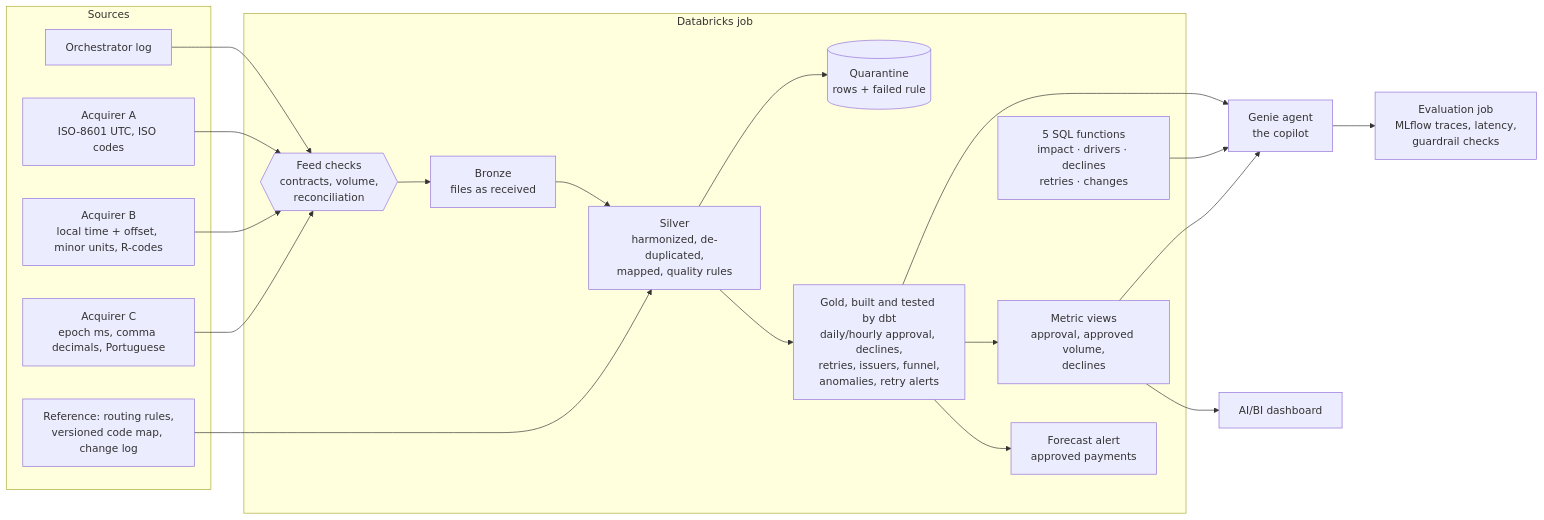
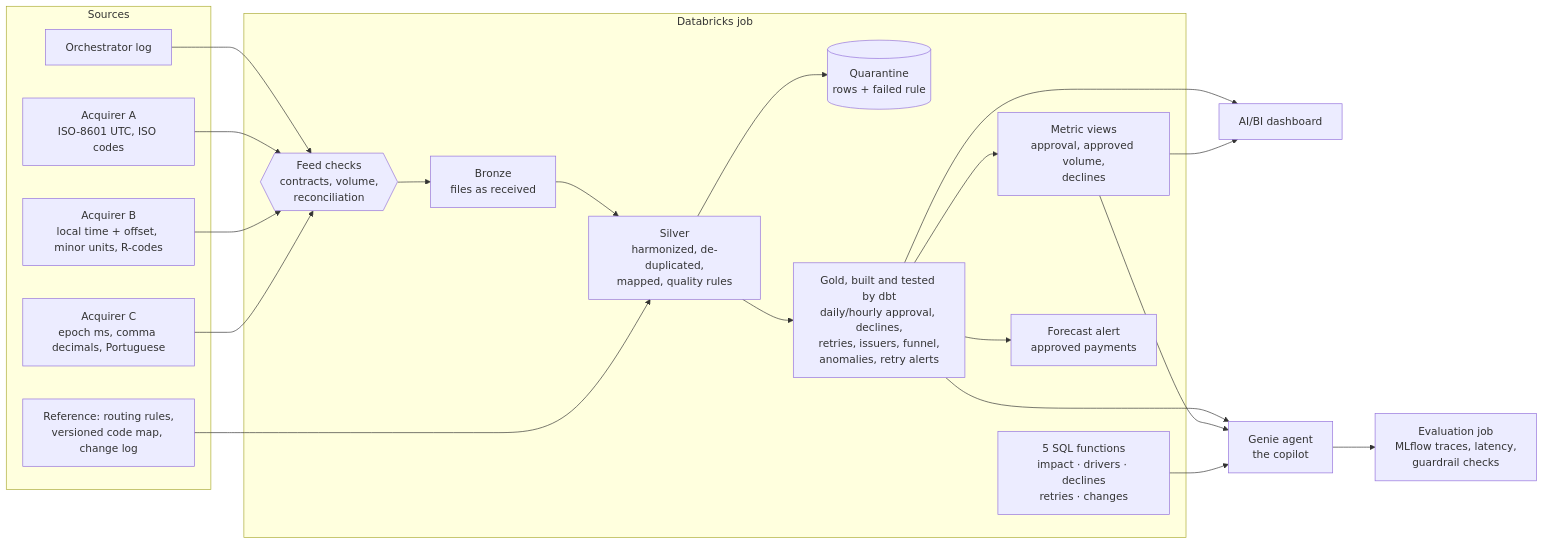
One commit to JaviSalazar31/approval-rate-copilot changed the diagram in README.md. Above: the diagram before and after it, drawn with Mermaid. The commit also changed other lines of this file and 22 other files, not shown here.

````diff
--- a/README.md
+++ b/README.md
@@ -68,30 +68,31 @@
 ```mermaid
 flowchart LR
   subgraph Sources
     O[Orchestrator log]
     A[Acquirer A<br/>ISO-8601 UTC, ISO codes]
     B[Acquirer B<br/>local time + offset, minor units, R-codes]
     C[Acquirer C<br/>epoch ms, comma decimals, Portuguese]
     R[Reference: routing rules,<br/>versioned code map, change log]
   end
   subgraph Databricks["Databricks job"]
     CK{{Feed checks<br/>contracts, volume,<br/>reconciliation}}
     BR[Bronze<br/>files as received]
     SI[Silver<br/>harmonized, de-duplicated,<br/>mapped, quality rules]
     Q[(Quarantine<br/>rows + failed rule)]
     GO[Gold, built and tested by dbt<br/>daily/hourly approval, declines,<br/>retries, issuers, funnel,<br/>anomalies, retry alerts]
     MV[Metric views<br/>approval, approved volume,<br/>declines]
     FN[5 SQL functions<br/>impact · drivers · declines<br/>retries · changes]
     VA[Forecast alert<br/>approved payments]
   end
   O & A & B & C --> CK --> BR --> SI --> GO
   R --> SI
   SI --> Q
   GO --> VA
   GO --> MV
-  MV --> D[AI/BI dashboard]
+  GO --> D[AI/BI dashboard]
+  MV --> D
   GO --> G[Genie agent<br/>the copilot]
   MV --> G
   FN --> G
   G --> E[Evaluation job<br/>MLflow traces, latency,<br/>guardrail checks]
 ```
````
